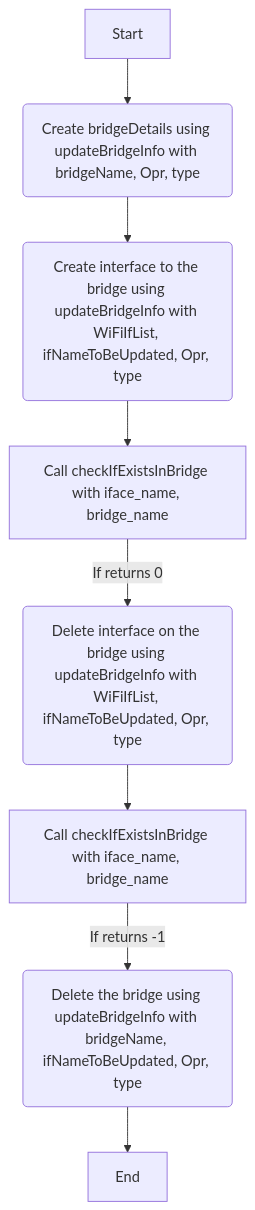
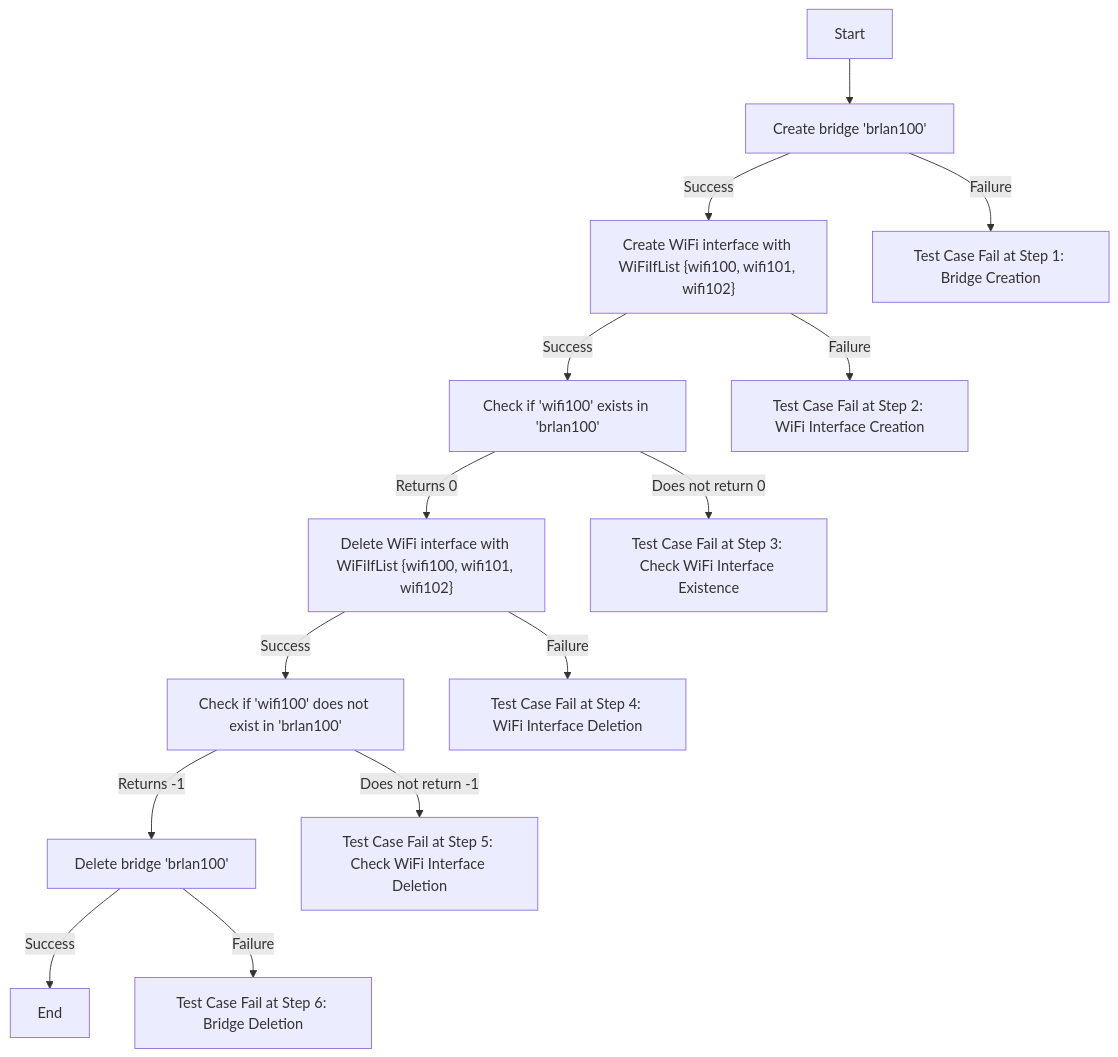
One commit to rdkcentral/rdkb-halif-test-bridge-util changed the second of 5 diagrams in docs/pages/bridge_util_mermaid.md. Above: the diagram before and after it, drawn with Mermaid. The commit also changed other lines of this file, not shown here.

Commit message:
Develop bridge util hal L2 test suite Enhanced mermaid file of L2 testcases

````diff
--- a/docs/pages/bridge_util_mermaid.md
+++ b/docs/pages/bridge_util_mermaid.md
@@ -18,10 +24,16 @@
 ```mermaid
-graph TB
-A[Start] --> B(Create bridgeDetails using updateBridgeInfo with bridgeName, Opr, type)
-B --> C(Create interface to the bridge using updateBridgeInfo with WiFiIfList, ifNameToBeUpdated, Opr, type)
-C --> D[Call checkIfExistsInBridge with iface_name, bridge_name]
-D -- If returns 0 --> E(Delete interface on the bridge using updateBridgeInfo with WiFiIfList, ifNameToBeUpdated, Opr, type)
-E --> F[Call checkIfExistsInBridge with iface_name, bridge_name]
-F -- If returns -1 --> G(Delete the bridge using updateBridgeInfo with bridgeName, ifNameToBeUpdated, Opr, type)
-G --> H[End]
+flowchart TD
+A[Start] --> B[Create bridge 'brlan100']
+B -- Success --> C["Create WiFi interface with WiFiIfList {wifi100, wifi101, wifi102}"]
+B -- Failure --> F[Test Case Fail at Step 1: Bridge Creation]
+C -- Success --> D[Check if 'wifi100' exists in 'brlan100']
+C -- Failure --> G[Test Case Fail at Step 2: WiFi Interface Creation]
+D -- Returns 0 --> E["Delete WiFi interface with WiFiIfList {wifi100, wifi101, wifi102}"]
+D -- Does not return 0 --> H[Test Case Fail at Step 3: Check WiFi Interface Existence]
+E -- Success --> I[Check if 'wifi100' does not exist in 'brlan100']
+E -- Failure --> J[Test Case Fail at Step 4: WiFi Interface Deletion]
+I -- Returns -1 --> K[Delete bridge 'brlan100']
+I -- Does not return -1 --> L[Test Case Fail at Step 5: Check WiFi Interface Deletion]
+K -- Success --> M[End]
+K -- Failure --> N[Test Case Fail at Step 6: Bridge Deletion]
 ```
````
